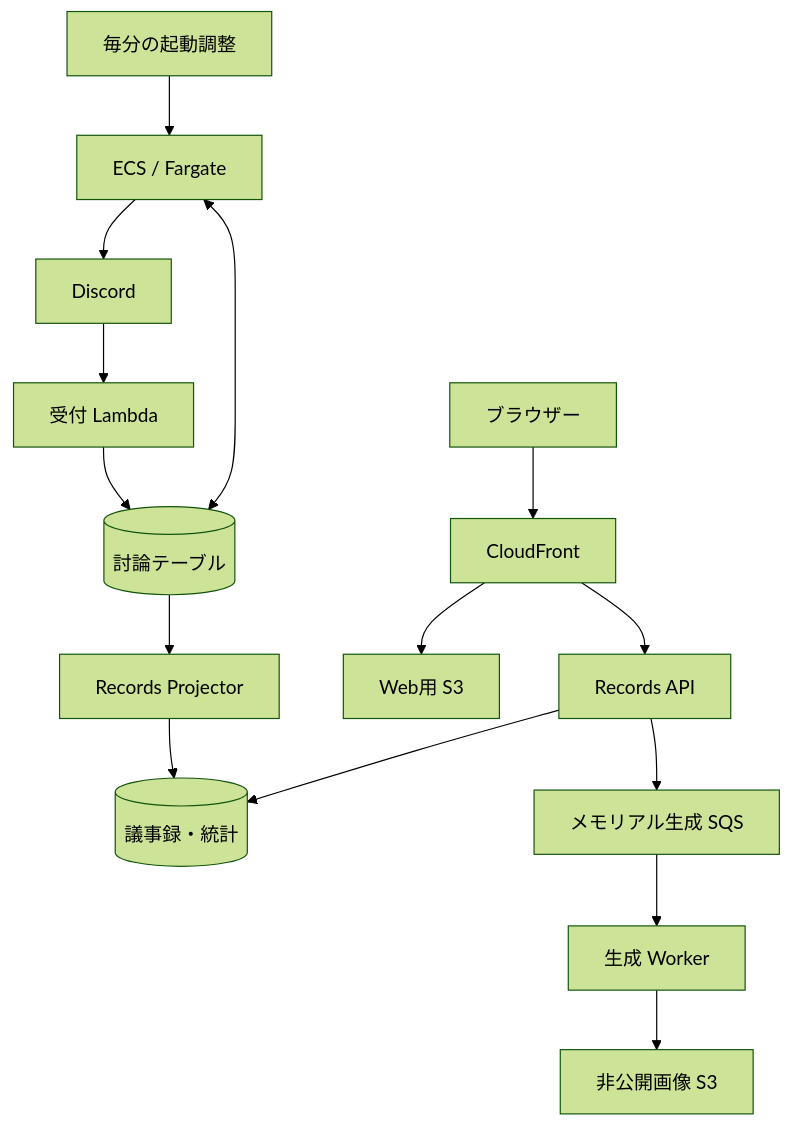
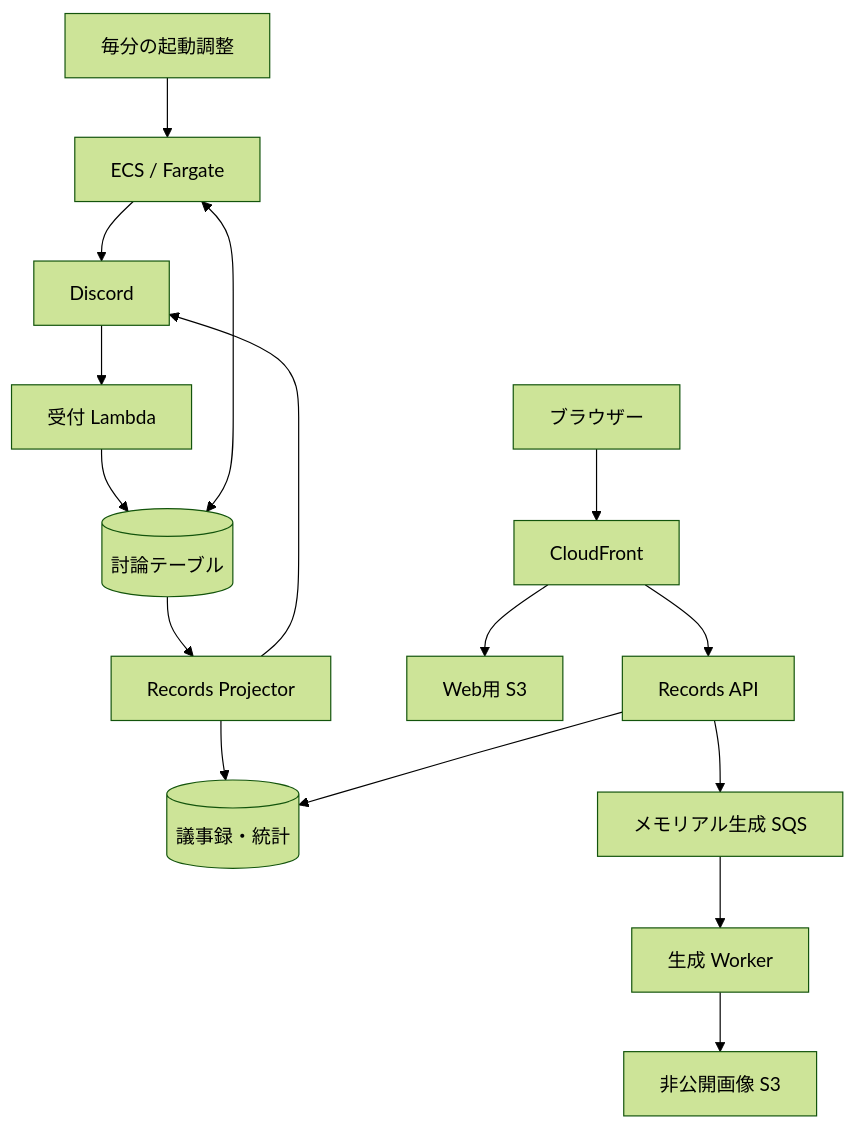
Before and after one commit to pitekusu/shittim-chest: the diagram in docs/14_AWS・CDK詳細設計.md, drawn with Mermaid (forest theme). The commit also changed other lines of this file and 33 other files, not shown here.

````diff
--- a/docs/14_AWS・CDK詳細設計.md
+++ b/docs/14_AWS・CDK詳細設計.md
@@ -27,17 +27,18 @@
 ```mermaid
 flowchart TD
   discord[Discord] --> ingress[受付 Lambda]
   ingress --> source[(討論テーブル)]
   scheduler[毎分の起動調整] --> ecs[ECS / Fargate]
   ecs <--> source
   ecs --> discord
   source --> projector[Records Projector]
   projector --> records[(議事録・統計)]
+  projector --> discord
   browser[ブラウザー] --> edge[CloudFront]
   edge --> web[Web用 S3]
   edge --> api[Records API]
   api --> records
   api --> queue[メモリアル生成 SQS]
   queue --> worker[生成 Worker]
   worker --> media[非公開画像 S3]
 ```
````
